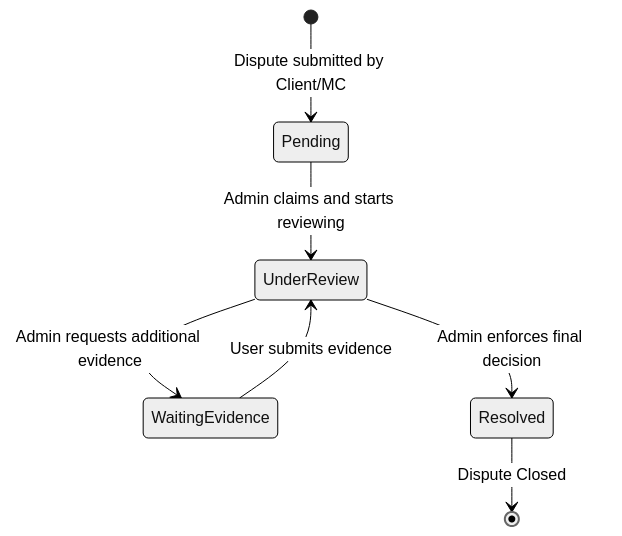
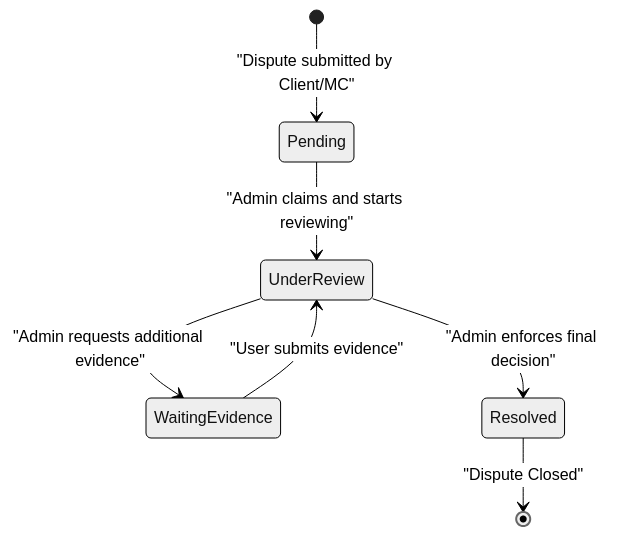
Diagram 37 of 44 in UC_Backend_Design_Details.md (dat-21/SWD392), drawn with Mermaid (neutral theme) before and after one commit. The commit also changed other lines of this file and 2 other files, not shown here.

Commit message:
style: Standardize Mermaid state diagram transition label formatting by adding quotes and a space before the colon.

````diff
--- a/UC_Backend_Design_Details.md
+++ b/UC_Backend_Design_Details.md
@@ -771,9 +771,9 @@
 ```mermaid
 stateDiagram-v2
-    [*] --> Pending: Dispute submitted by Client/MC
-    Pending --> UnderReview: Admin claims and starts reviewing
-    UnderReview --> WaitingEvidence: Admin requests additional evidence
-    WaitingEvidence --> UnderReview: User submits evidence
-    UnderReview --> Resolved: Admin enforces final decision
-    Resolved --> [*]: Dispute Closed
+    [*] --> Pending : "Dispute submitted by Client/MC"
+    Pending --> UnderReview : "Admin claims and starts reviewing"
+    UnderReview --> WaitingEvidence : "Admin requests additional evidence"
+    WaitingEvidence --> UnderReview : "User submits evidence"
+    UnderReview --> Resolved : "Admin enforces final decision"
+    Resolved --> [*] : "Dispute Closed"
 ```
````
